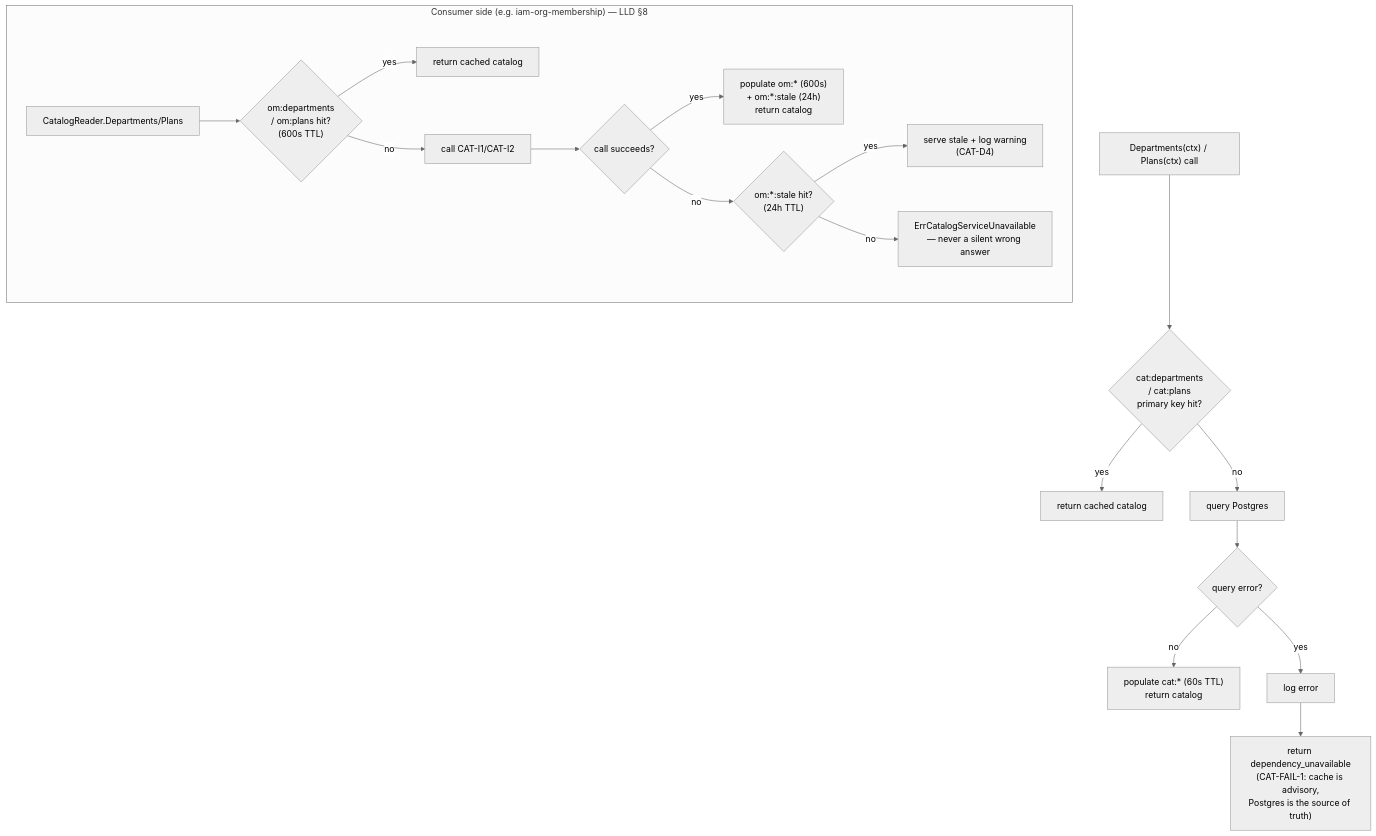
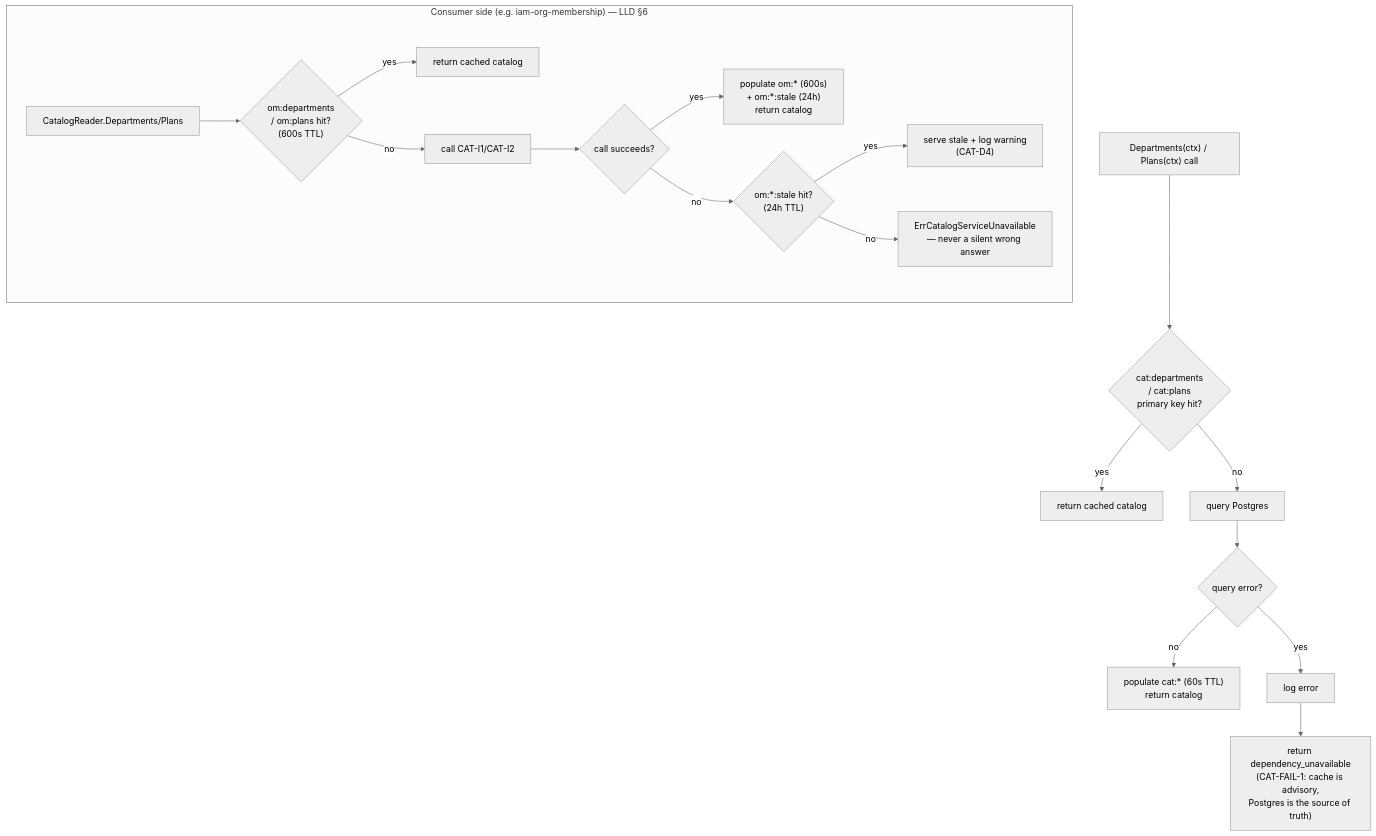
Before and after one commit to BCBP-SOLUTIONS-FZC-LLC/iam-catalog-admin: the diagram in docs/architecture/mermaid/cache-strategy.mmd, drawn with Mermaid (neutral theme). The commit also changed 81 other files, not shown here.

```diff
--- a/docs/architecture/mermaid/cache-strategy.mmd
+++ b/docs/architecture/mermaid/cache-strategy.mmd
@@ -1,19 +1,19 @@
 flowchart TD
     A["Departments(ctx) / Plans(ctx) call"] --> B{"cat:departments\n/ cat:plans\nprimary key hit?"}
     B -- yes --> Z["return cached catalog"]
     B -- no --> C["query Postgres"]
     C --> D{"query error?"}
     D -- no --> E["populate cat:* (60s TTL)\nreturn catalog"]
     D -- yes --> F["log error"]
     F --> G["return dependency_unavailable\n(CAT-FAIL-1: cache is advisory,\nPostgres is the source of truth)"]
 
-    subgraph consumer["Consumer side (e.g. iam-org-membership) — LLD §8"]
+    subgraph consumer["Consumer side (e.g. iam-org-membership) — LLD §6"]
         H["CatalogReader.Departments/Plans"] --> I{"om:departments\n/ om:plans hit?\n(600s TTL)"}
         I -- yes --> J["return cached catalog"]
         I -- no --> K["call CAT-I1/CAT-I2"]
         K --> L{"call succeeds?"}
         L -- yes --> M["populate om:* (600s)\n+ om:*:stale (24h)\nreturn catalog"]
         L -- no --> N{"om:*:stale hit?\n(24h TTL)"}
         N -- yes --> O["serve stale + log warning\n(CAT-D4)"]
         N -- no --> P["ErrCatalogServiceUnavailable\n— never a silent wrong answer"]
     end
```
